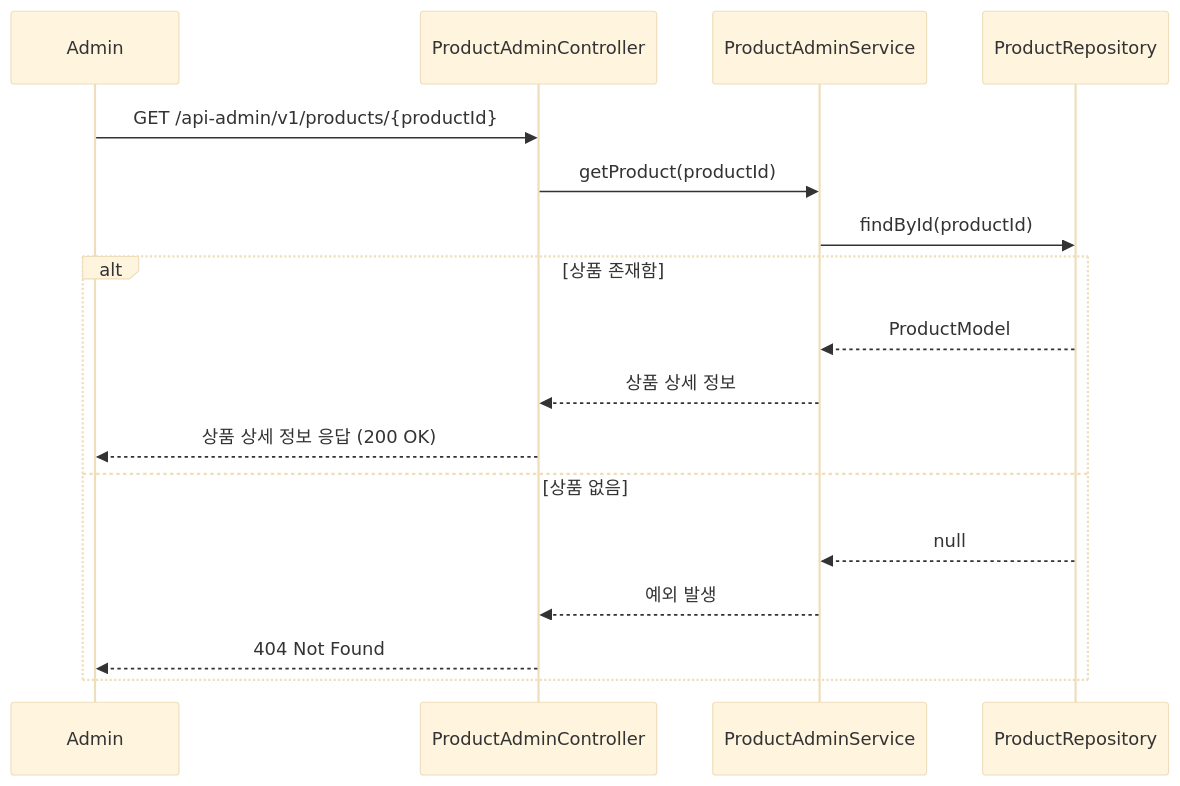
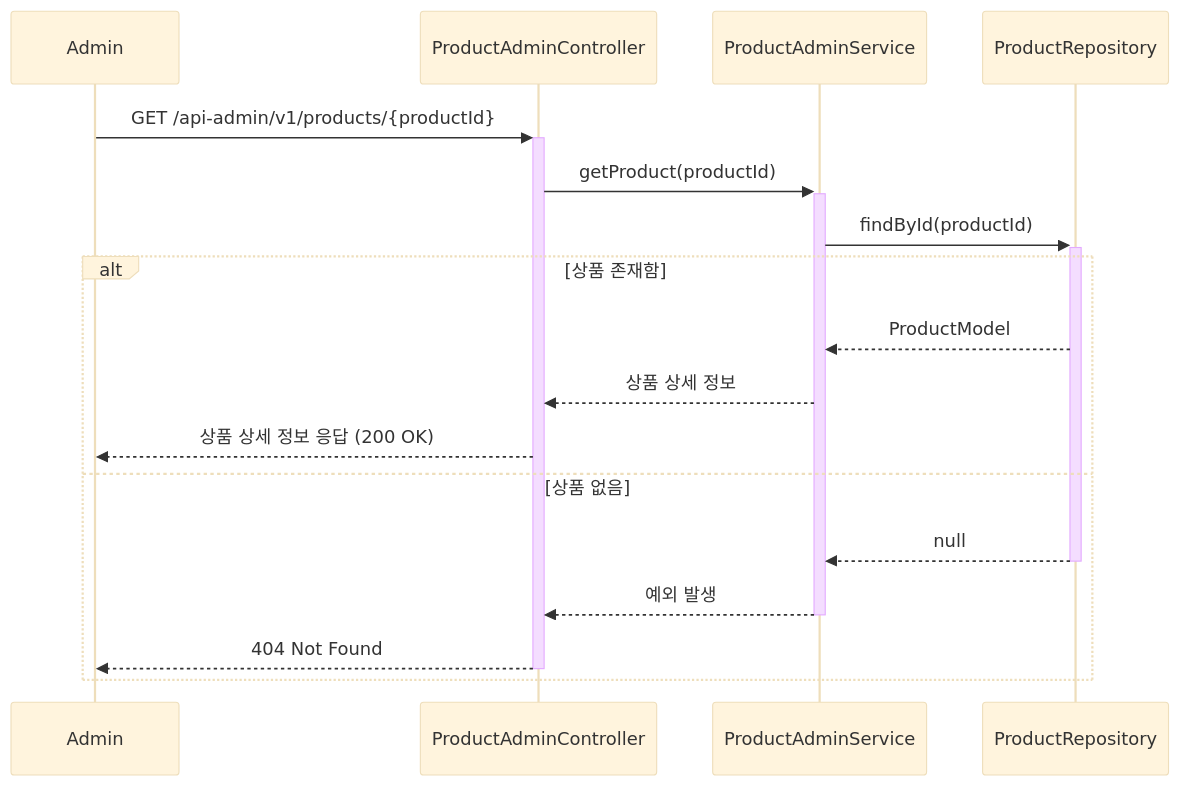
The tenth of 21 diagrams in .docs/design/02-sequence-diagrams.md (Loopers-dev-lab/loop-pack-be-l2-vol3-kotlin), drawn with Mermaid (base theme) before and after one commit. The commit also changed other lines of this file, not shown here.

Commit message:
docs: 시퀀스 다이어그램 activation bar 추가

````diff
--- a/.docs/design/02-sequence-diagrams.md
+++ b/.docs/design/02-sequence-diagrams.md
@@ -287,21 +287,21 @@
 ```mermaid
 sequenceDiagram
     participant Admin
     participant ProductAdminController
     participant ProductAdminService
     participant ProductRepository
 
-    Admin ->> ProductAdminController: GET /api-admin/v1/products/{productId}
-    ProductAdminController ->> ProductAdminService: getProduct(productId)
-    ProductAdminService ->> ProductRepository: findById(productId)
-     
+    Admin ->>+ ProductAdminController: GET /api-admin/v1/products/{productId}
+    ProductAdminController ->>+ ProductAdminService: getProduct(productId)
+    ProductAdminService ->>+ ProductRepository: findById(productId)
+
     alt 상품 존재함
         ProductRepository -->> ProductAdminService: ProductModel
         ProductAdminService -->> ProductAdminController: 상품 상세 정보
         ProductAdminController -->> Admin: 상품 상세 정보 응답 (200 OK)
     else 상품 없음
-        ProductRepository -->> ProductAdminService: null
-        ProductAdminService -->> ProductAdminController: 예외 발생
-        ProductAdminController -->> Admin: 404 Not Found
+        ProductRepository -->>- ProductAdminService: null
+        ProductAdminService -->>- ProductAdminController: 예외 발생
+        ProductAdminController -->>- Admin: 404 Not Found
     end
 ```
````
